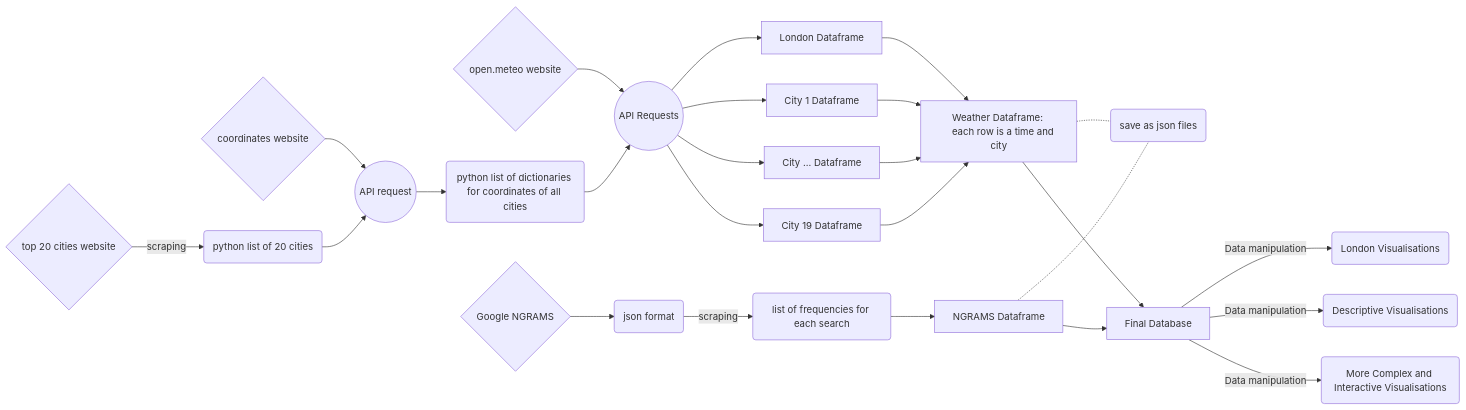
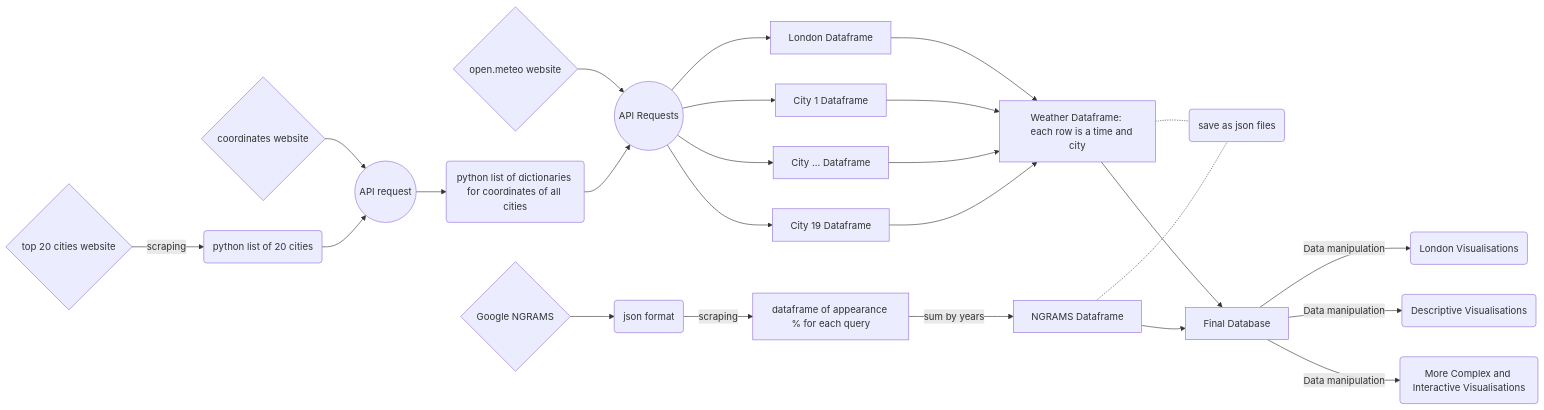
The diagram in docs/mermaid.md (lse-ds105/ds105w-project-rubber-ducks), drawn with Mermaid before and after one commit.

Commit message:
Updating the NGRAM part of the mermaid diagram

````diff
--- a/docs/mermaid.md
+++ b/docs/mermaid.md
@@ -1,28 +1,28 @@
 ``` mermaid
 flowchart LR
     A{open.meteo website} --> L((API Requests))
     L --> B[London Dataframe]
     L --> C[City 1 Dataframe]
     L --> D[City ... Dataframe]
     L --> E[City 19 Dataframe]
     G{top 20 cities website} -->|scraping| H(python list of 20 cities)
     I{coordinates website} --> J((API request))
     H --> J
     J --> K(python list of dictionaries for coordinates of all cities)
     K --> L
     B --> M[Weather Dataframe: 
     each row is a time and city]
     C --> M
     D --> M
     E --> M
     M -.- F(save as json files)
     N{Google NGRAMS} --> S(json format)
-    S --> |scraping| T(list of frequencies for each search)
-    T --> U[NGRAMS Dataframe]
+    S --> |scraping| T[dataframe of appearance % for each query]
+    T --> |sum by years| U[NGRAMS Dataframe]
     U -.- F
     M --> V[Final Database]
     U --> V
     V -->|Data manipulation| O(London Visualisations)
     V -->|Data manipulation| Q(Descriptive Visualisations)
     V -->|Data manipulation| R(More Complex and Interactive Visualisations)
 ```
````
